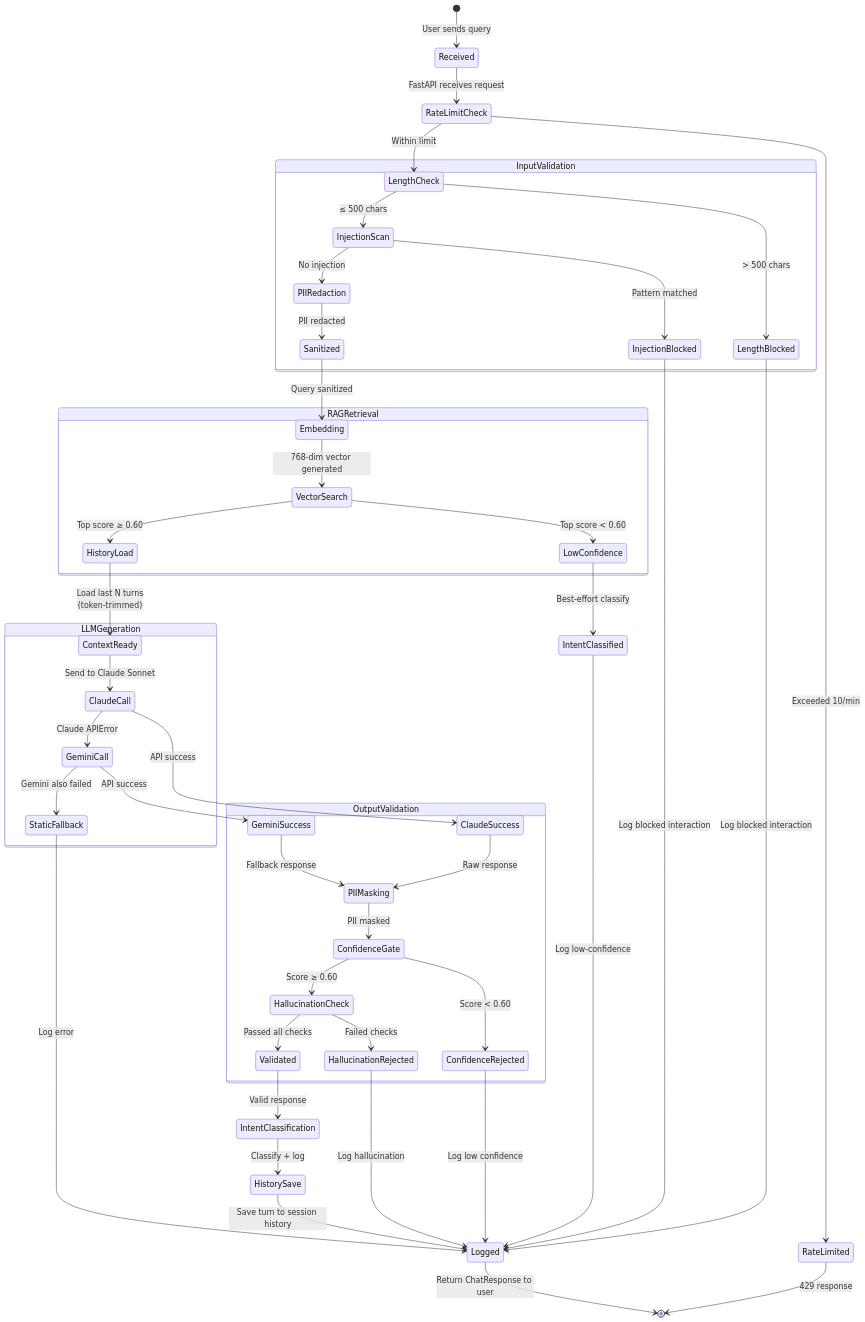
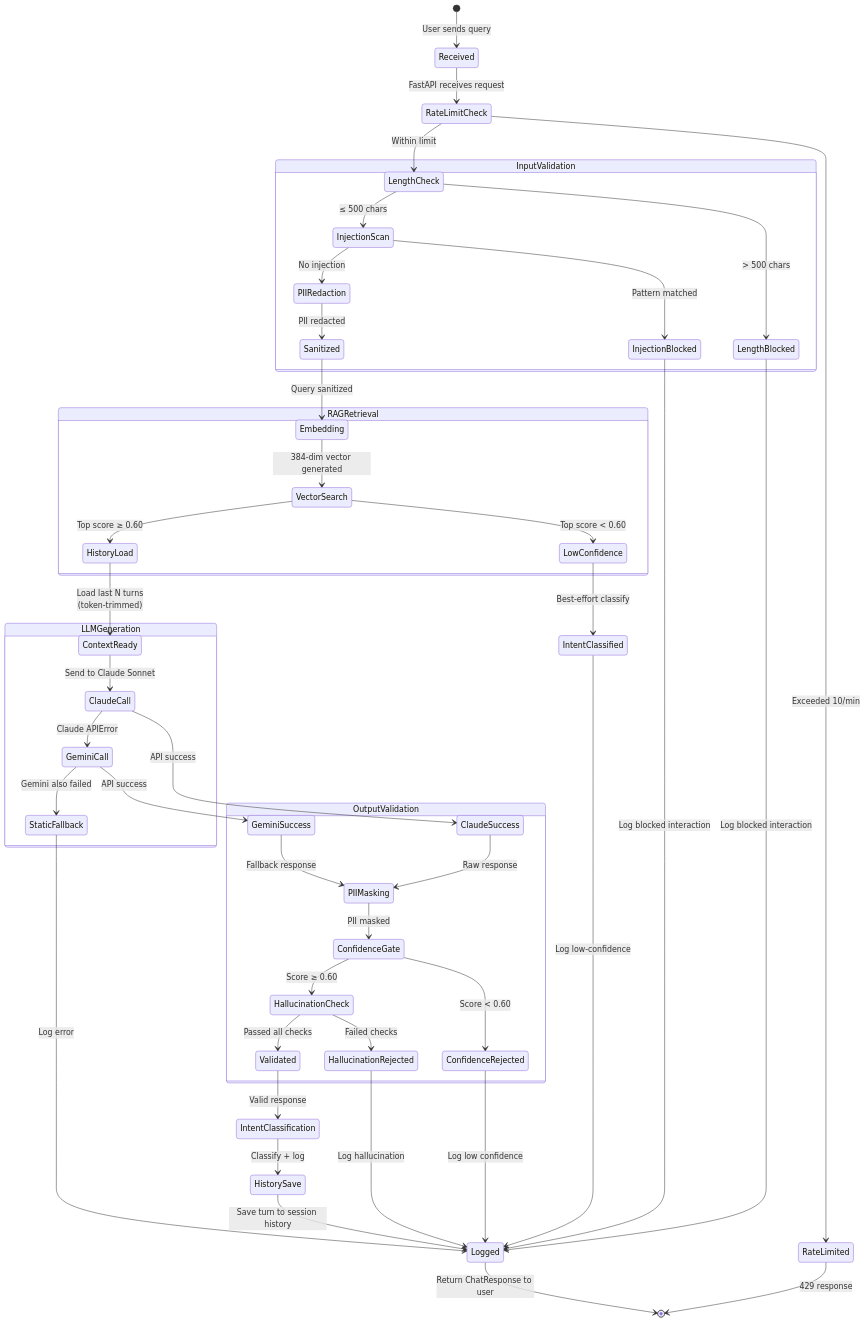
Before and after one commit to rajrkdev/ai-lab: the diagram in prd/docs/diagrams/12-state-diagram.mmd, drawn with Mermaid. The commit also changed 26 other files, not shown here.

```diff
--- a/prd/docs/diagrams/12-state-diagram.mmd
+++ b/prd/docs/diagrams/12-state-diagram.mmd
@@ -1,65 +1,65 @@
 %% InsureChat v3.0 — State Diagram
 %% Chat message lifecycle states from submission to completion
 
 stateDiagram-v2
     [*] --> Received: User sends query
 
     Received --> RateLimitCheck: FastAPI receives request
     
     RateLimitCheck --> RateLimited: Exceeded 10/min
     RateLimitCheck --> LengthCheck: Within limit
     
     RateLimited --> [*]: 429 response
 
     state InputValidation {
         LengthCheck --> LengthBlocked: > 500 chars
         LengthCheck --> InjectionScan: ≤ 500 chars
         
         InjectionScan --> InjectionBlocked: Pattern matched
         InjectionScan --> PIIRedaction: No injection
         
         PIIRedaction --> Sanitized: PII redacted
     }
     
     LengthBlocked --> Logged: Log blocked interaction
     InjectionBlocked --> Logged: Log blocked interaction
     
     Sanitized --> Embedding: Query sanitized
     
     state RAGRetrieval {
-        Embedding --> VectorSearch: 768-dim vector generated
+        Embedding --> VectorSearch: 384-dim vector generated
         VectorSearch --> LowConfidence: Top score < 0.60
         VectorSearch --> HistoryLoad: Top score ≥ 0.60
         HistoryLoad --> ContextReady: Load last N turns<br/>(token-trimmed)
     }
     
     LowConfidence --> IntentClassified: Best-effort classify
     IntentClassified --> Logged: Log low-confidence
     
     state LLMGeneration {
         ContextReady --> ClaudeCall: Send to Claude Sonnet
         ClaudeCall --> ClaudeSuccess: API success
         ClaudeCall --> GeminiCall: Claude APIError
         GeminiCall --> GeminiSuccess: API success
         GeminiCall --> StaticFallback: Gemini also failed
     }
     
     state OutputValidation {
         ClaudeSuccess --> PIIMasking: Raw response
         GeminiSuccess --> PIIMasking: Fallback response
         PIIMasking --> ConfidenceGate: PII masked
         ConfidenceGate --> ConfidenceRejected: Score < 0.60
         ConfidenceGate --> HallucinationCheck: Score ≥ 0.60
         HallucinationCheck --> HallucinationRejected: Failed checks
         HallucinationCheck --> Validated: Passed all checks
     }
     
     StaticFallback --> Logged: Log error
     ConfidenceRejected --> Logged: Log low confidence
     HallucinationRejected --> Logged: Log hallucination
     Validated --> IntentClassification: Valid response
     
     IntentClassification --> HistorySave: Classify + log
     HistorySave --> Logged: Save turn to session history
     
     Logged --> [*]: Return ChatResponse to user
```
